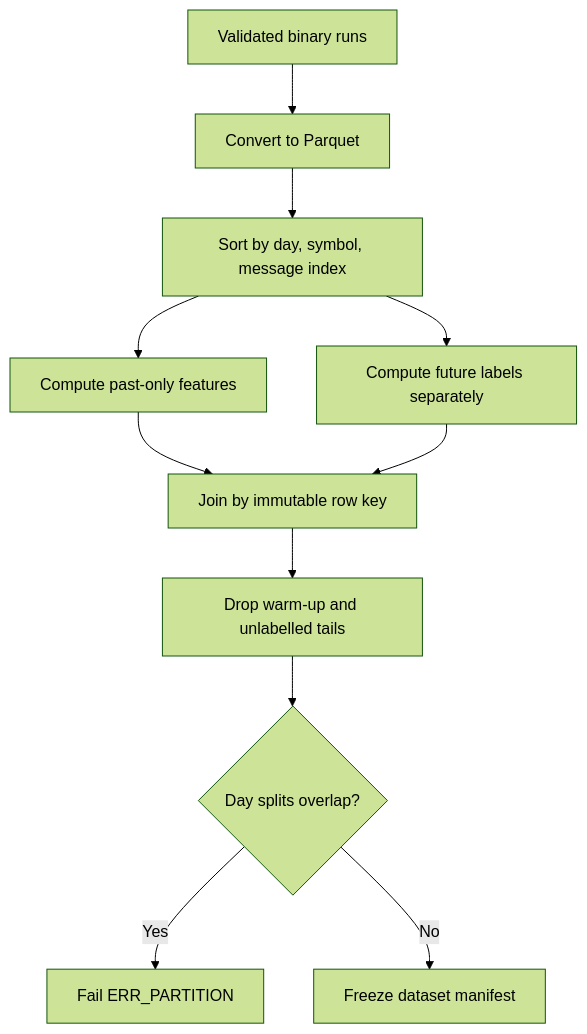
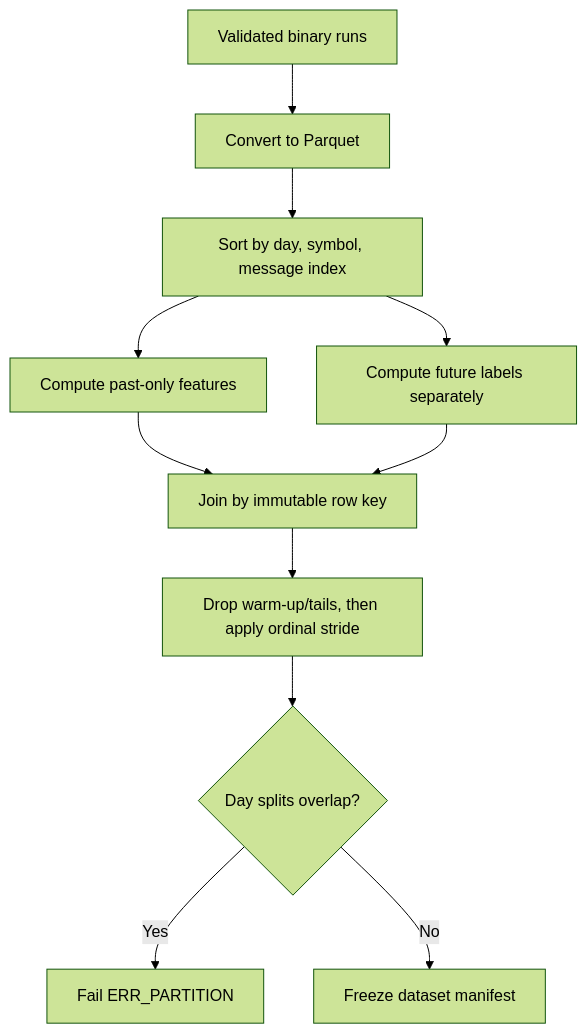
The third of 4 diagrams in docs/02-user-flows.md (Jenson7987/ITCH-Lab), drawn with Mermaid (forest theme) before and after one commit. The commit also changed other lines of this file and 24 other files, not shown here.

````diff
--- a/docs/02-user-flows.md
+++ b/docs/02-user-flows.md
@@ -153,13 +155,13 @@
 ```mermaid
 flowchart TD
     A["Validated binary runs"] --> B["Convert to Parquet"]
     B --> C["Sort by day, symbol, message index"]
     C --> D["Compute past-only features"]
     C --> E["Compute future labels separately"]
     D --> F["Join by immutable row key"]
     E --> F
-    F --> G["Drop warm-up and unlabelled tails"]
+    F --> G["Drop warm-up/tails, then apply ordinal stride"]
     G --> H{"Day splits overlap?"}
     H -- Yes --> I["Fail ERR_PARTITION"]
     H -- No --> J["Freeze dataset manifest"]
 ```
````
